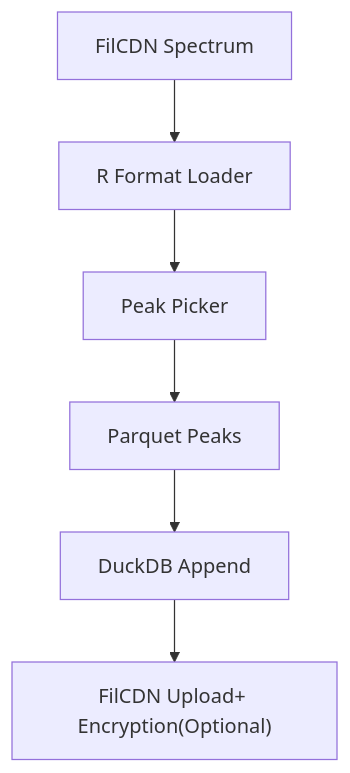
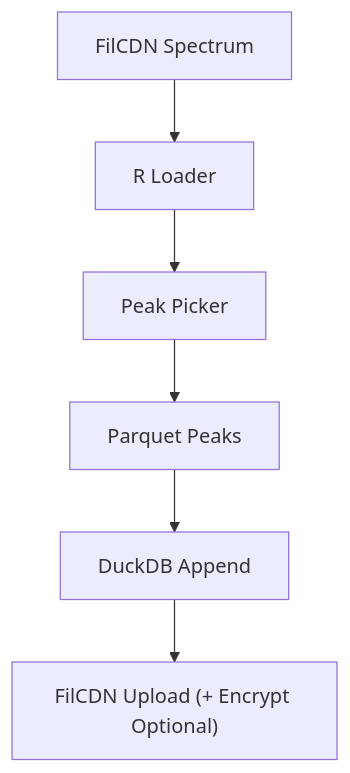
The third of 10 diagrams in profile/README.md (KintaGen/.github), drawn with Mermaid before and after one commit. The commit also changed other lines of this file, not shown here.

````diff
--- a/profile/README.md
+++ b/profile/README.md
@@ -110,8 +157,8 @@
 ```mermaid
 graph TD
-    S1[FilCDN Spectrum] --> S2[R Format Loader]
+    S1[FilCDN Spectrum] --> S2[R Loader]
     S2 --> S3[Peak Picker]
     S3 --> S4[Parquet Peaks]
     S4 --> S5[DuckDB Append]
-    S5 --> S6["FilCDN Upload+ Encryption(Optional)"]
+    S5 --> S6["FilCDN Upload (+ Encrypt Optional)"]
 ```
````
